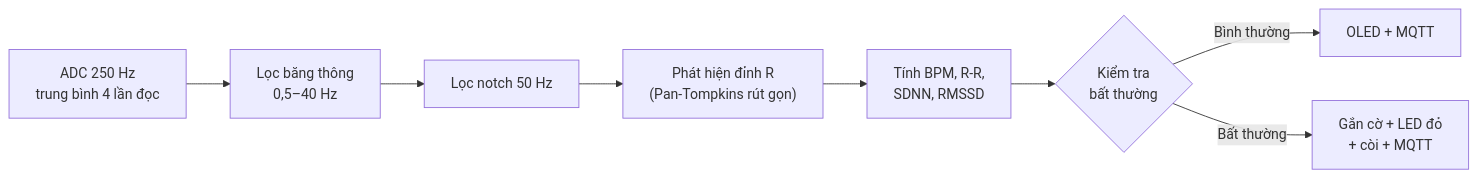
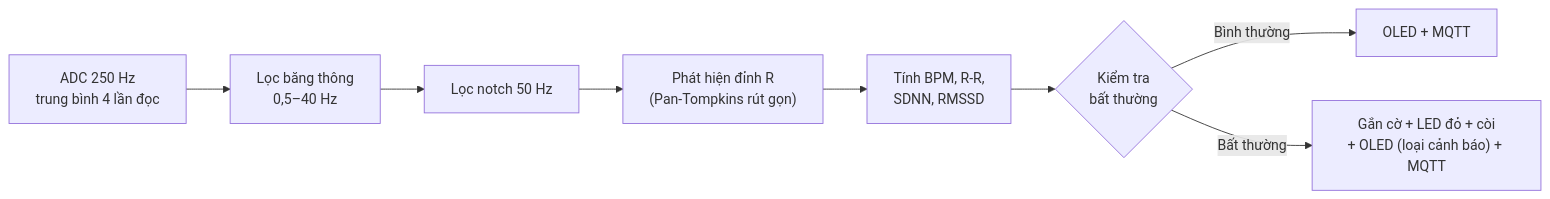
Before and after one commit to HaVietAnh2255/esp32-ad8232-ecg-monitor: the second of 2 diagrams in README.md, drawn with Mermaid.

Commit message:
sửa README.md

````diff
--- a/README.md
+++ b/README.md
@@ -89,10 +89,10 @@
 ```mermaid
 flowchart LR
     A["ADC 250 Hz<br/>trung bình 4 lần đọc"] --> B["Lọc băng thông<br/>0,5–40 Hz"]
     B --> C["Lọc notch 50 Hz"]
     C --> D["Phát hiện đỉnh R<br/>(Pan-Tompkins rút gọn)"]
     D --> F["Tính BPM, R-R,<br/>SDNN, RMSSD"]
     F --> G{"Kiểm tra<br/>bất thường"}
     G -- "Bình thường" --> H["OLED + MQTT"]
-    G -- "Bất thường" --> I["Gắn cờ + LED đỏ<br/>+ còi + MQTT"]
+    G -- "Bất thường" --> I["Gắn cờ + LED đỏ + còi<br/>+ OLED (loại cảnh báo) + MQTT"]
 ```
````
